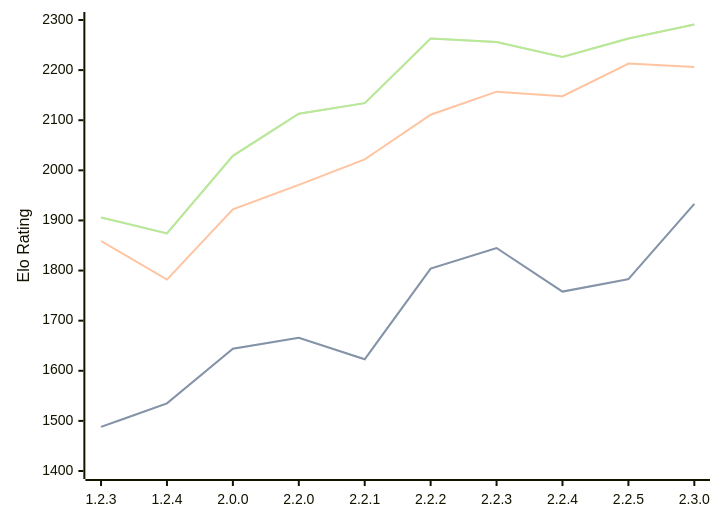
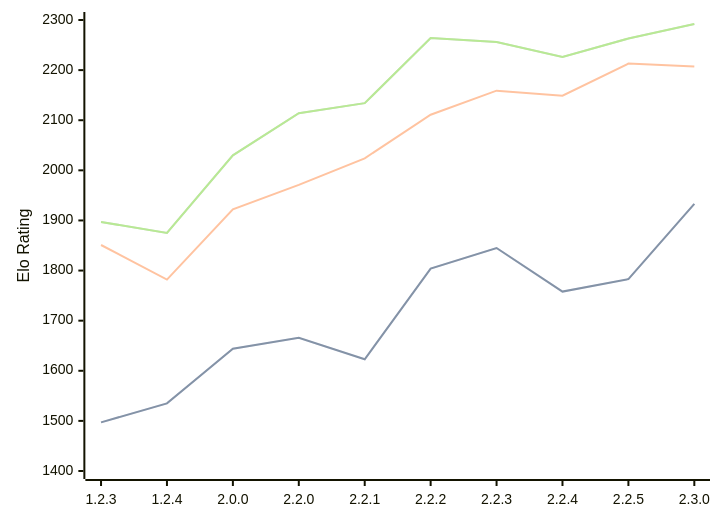
The diagram in engines/Kreveta.md (computer-chess-index/cci), drawn with Mermaid before and after one commit. The commit also changed other lines of this file, not shown here.

Commit message:
Update CCI Ratings (ELO VLTC) - 2026-05-05

````diff
--- a/engines/Kreveta.md
+++ b/engines/Kreveta.md
@@ -42,11 +42,11 @@
 ```mermaid
 %%{init: {"theme":"base","themeVariables":{"seriesColors:['#a3a3a3','#222221','#faa371']}}}%%
 xychart-beta
   x-axis ["1.2.3", "1.2.4", "2.0.0", "2.2.0", "2.2.1", "2.2.2", "2.2.3", "2.2.4", "2.2.5", "2.3.0"]
   y-axis "Elo Rating" 1400 --> 2300
-  line "STC (8.0+0.08s)" [1488, 1535, 1644, 1666, 1623, 1804, 1845, 1758, 1783, 1933]
-  line "STC (8.0+0.08s)" [1488, 1535, 1644, 1666, 1623, 1804, 1845, 1758, 1783, 1933]
-  line "LTC (60.0+0.60s)" [1859, 1782, 1922, 1971, 2022, 2111, 2157, 2148, 2213, 2206]
-  line "VLTC (2m24s+1.12s)" [1906, 1874, 2029, 2113, 2134, 2263, 2256, 2226, 2263, 2291]
-  line "VLTC (2m24s+1.12s)" [1906, 1874, 2029, 2113, 2134, 2263, 2256, 2226, 2263, 2291]
+  line "STC (8.0+0.08s)" [1497, 1535, 1644, 1666, 1623, 1804, 1845, 1758, 1783, 1933]
+  line "STC (8.0+0.08s)" [1497, 1535, 1644, 1666, 1623, 1804, 1845, 1758, 1783, 1933]
+  line "LTC (60.0+0.60s)" [1851, 1782, 1922, 1971, 2024, 2111, 2159, 2149, 2213, 2207]
+  line "VLTC (2m24s+1.12s)" [1897, 1875, 2030, 2114, 2134, 2264, 2256, 2226, 2263, 2292]
+  line "VLTC (2m24s+1.12s)" [1897, 1875, 2030, 2114, 2134, 2264, 2256, 2226, 2263, 2292]
 ```
````
